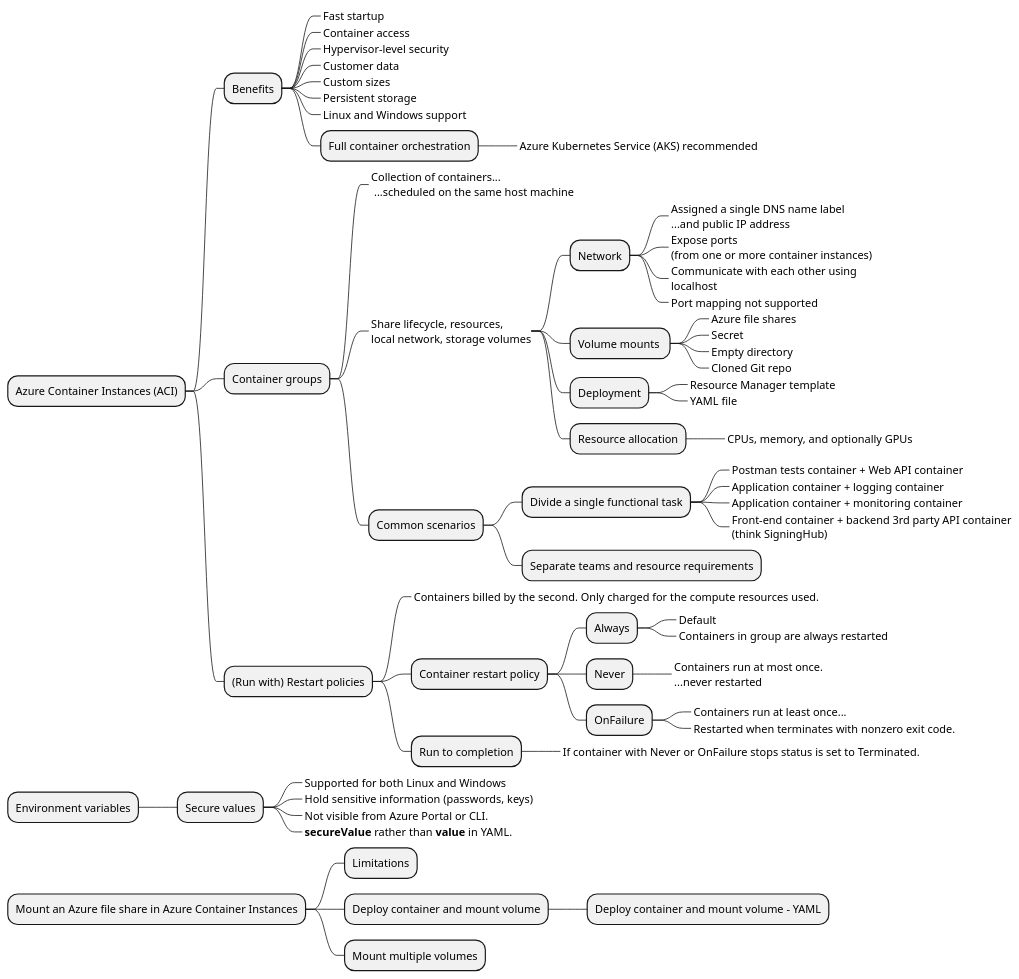
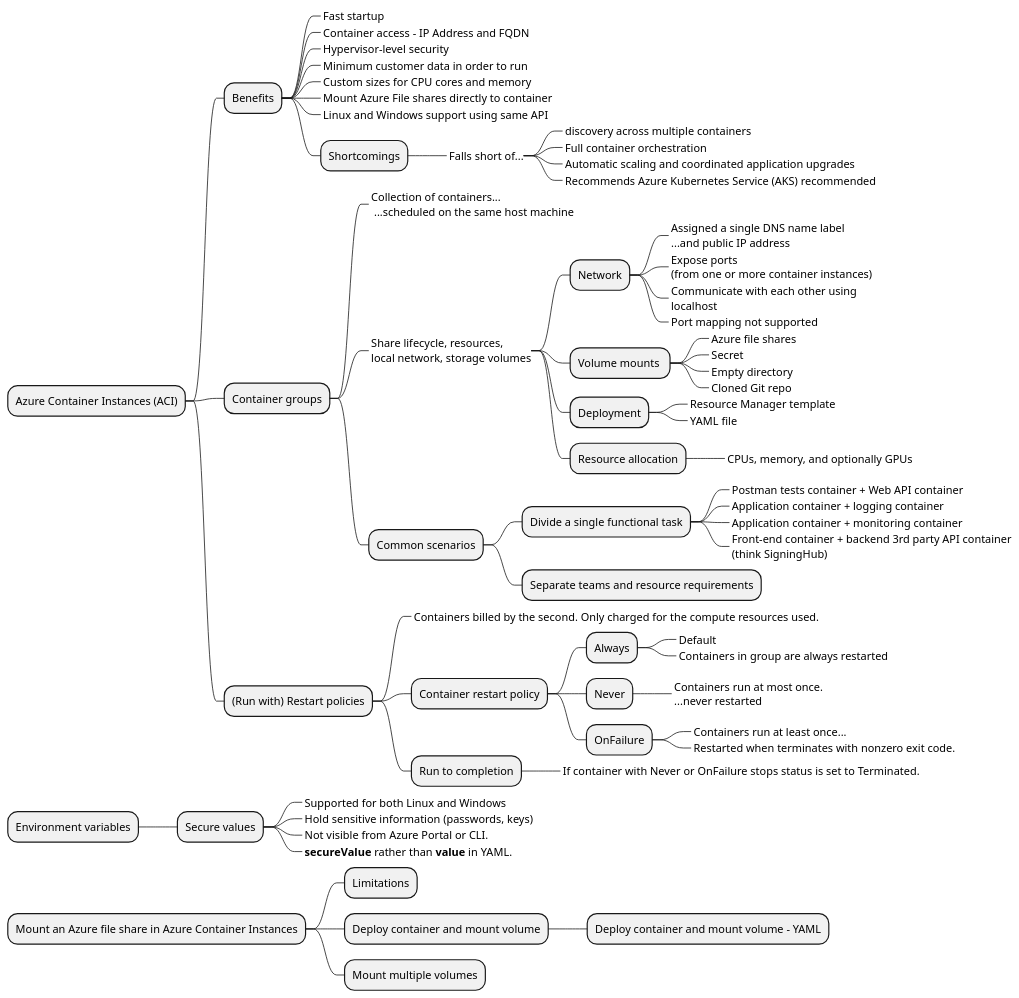
One commit to bobbyache/AZ-204 changed the diagram in 03 - containerized-solutions/diagrams/container-instances.plantuml. Above: the diagram before and after it, drawn with PlantUML. The commit also changed 61 other files, not shown here.

```diff
--- a/03 - containerized-solutions/diagrams/container-instances.plantuml
+++ b/03 - containerized-solutions/diagrams/container-instances.plantuml
@@ -1,68 +1,74 @@
 @startmindmap
 * Azure Container Instances (ACI)
 ** Benefits
 ***_ Fast startup
-***_ Container access
+***_ Container access - IP Address and FQDN
 ***_ Hypervisor-level security
-***_ Customer data
-***_ Custom sizes
-***_ Persistent storage
-***_ Linux and Windows support
-*** Full container orchestration
-****_ Azure Kubernetes Service (AKS) recommended
+***_ Minimum customer data in order to run
+***_ Custom sizes for CPU cores and memory
+***_ Mount Azure File shares directly to container
+***_ Linux and Windows support using same API
+*** Shortcomings
+****_ Falls short of...
+*****_ discovery across multiple containers
+*****_ Full container orchestration
+*****_ Automatic scaling and coordinated application upgrades
+*****_ Recommends Azure Kubernetes Service (AKS) recommended
+
+
 ** Container groups
 ***_ Collection of containers...\n ...scheduled on the same host machine
 ***_ Share lifecycle, resources,\nlocal network, storage volumes
 **** Network
 *****_ Assigned a single DNS name label\n...and public IP address
 *****_ Expose ports\n(from one or more container instances)
 *****_ Communicate with each other using\nlocalhost
 *****_ Port mapping not supported
 **** Volume mounts 
 *****_ Azure file shares
 *****_ Secret
 *****_ Empty directory
 *****_ Cloned Git repo
 
 **** Deployment
 *****_ Resource Manager template
 *****_ YAML file
 **** Resource allocation
 *****_ CPUs, memory, and optionally GPUs
 
 *** Common scenarios
 **** Divide a single functional task
 *****_ Postman tests container + Web API container
 *****_ Application container + logging container
 *****_ Application container + monitoring container
 *****_ Front-end container + backend 3rd party API container\n(think SigningHub) 
 **** Separate teams and resource requirements
 
 
 ** (Run with) Restart policies
 ***_ Containers billed by the second. Only charged for the compute resources used.
 *** Container restart policy
 **** Always
 *****_ Default
 *****_ Containers in group are always restarted
 **** Never
 *****_ Containers run at most once.\n...never restarted
 **** OnFailure
 *****_ Containers run at least once...
 *****_ Restarted when terminates with nonzero exit code.
 *** Run to completion
 ****_ If container with Never or OnFailure stops status is set to Terminated.
 
 * Environment variables
 ** Secure values
 ***_ Supported for both Linux and Windows
 ***_ Hold sensitive information (passwords, keys)
 ***_ Not visible from Azure Portal or CLI.
 ***_ **secureValue** rather than **value** in YAML.
 
 * Mount an Azure file share in Azure Container Instances
 ** Limitations
 ** Deploy container and mount volume
 *** Deploy container and mount volume - YAML
 ** Mount multiple volumes
 @endmindmap
```
